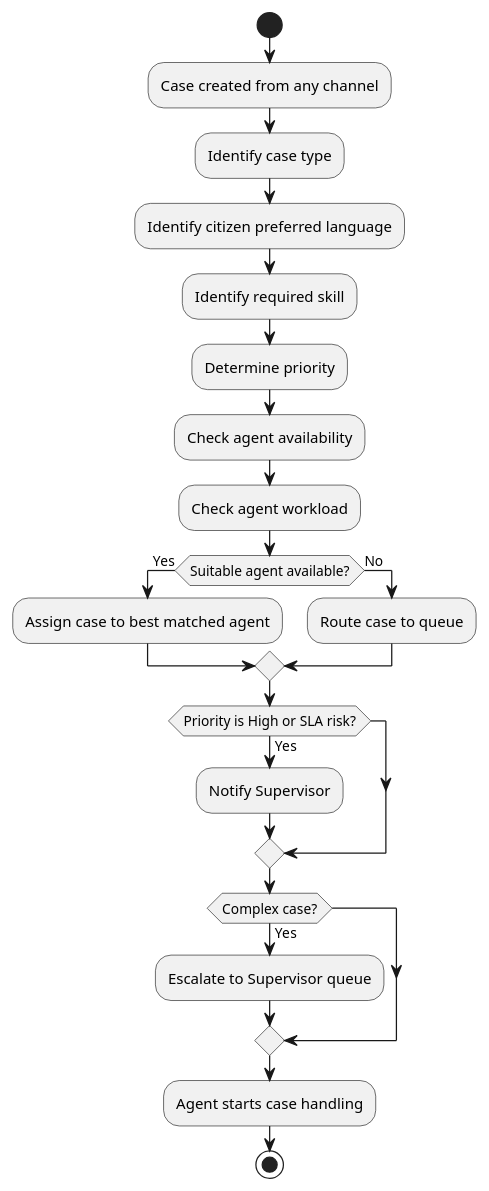
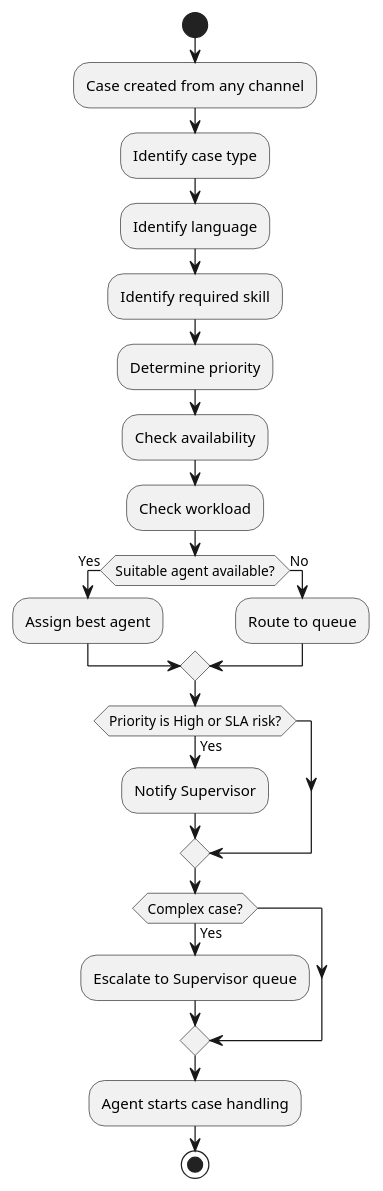
The diagram in puml task2/06.03 Case Routing Decision Model.puml (jimmytobing/virtusa), drawn with PlantUML before and after one commit. The commit also changed 29 other files, not shown here.

```diff
--- a/puml task2/06.03 Case Routing Decision Model.puml
+++ b/puml task2/06.03 Case Routing Decision Model.puml
@@ -1,29 +1,29 @@
 @startuml
 start
 
 :Case created from any channel;
 :Identify case type;
-:Identify citizen preferred language;
+:Identify language;
 :Identify required skill;
 :Determine priority;
-:Check agent availability;
-:Check agent workload;
+:Check availability;
+:Check workload;
 
 if (Suitable agent available?) then (Yes)
-  :Assign case to best matched agent;
+  :Assign best agent;
 else (No)
-  :Route case to queue;
+  :Route to queue;
 endif
 
 if (Priority is High or SLA risk?) then (Yes)
   :Notify Supervisor;
 endif
 
 if (Complex case?) then (Yes)
   :Escalate to Supervisor queue;
 endif
 
 :Agent starts case handling;
 
 stop
 @enduml
```
